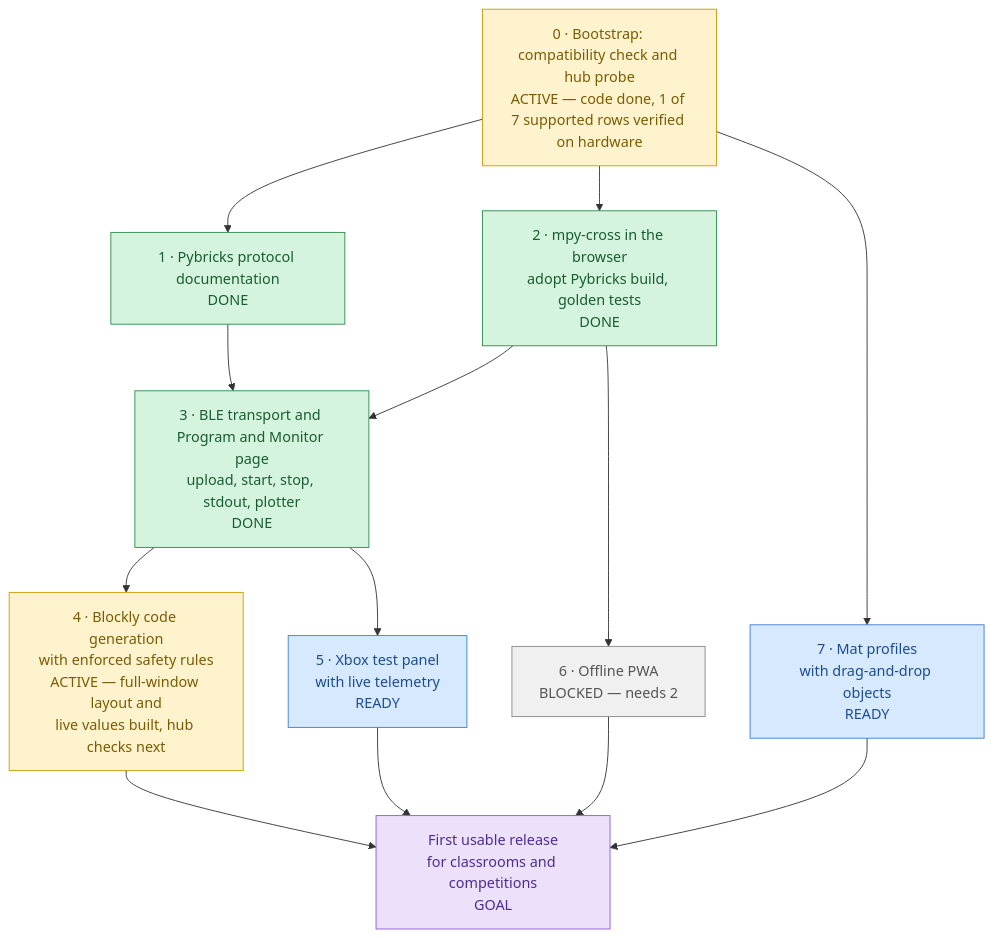
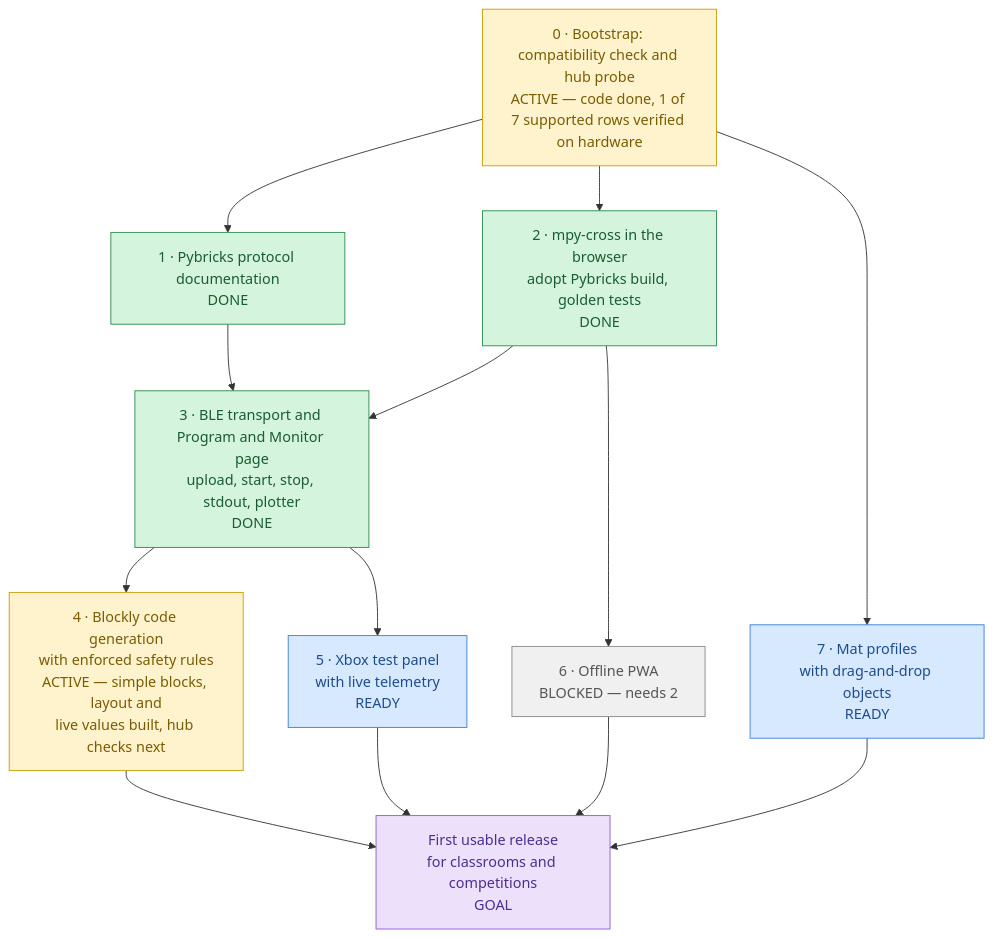
The diagram in docs/roadmap.md (lumduan/matpilot), drawn with Mermaid before and after one commit. The commit also changed other lines of this file and 6 other files, not shown here.

First line of the commit message:
docs: ADR 0010 simple blocks; reorganised Blocks checklists

````diff
--- a/docs/roadmap.md
+++ b/docs/roadmap.md
@@ -10,37 +10,37 @@
 ```mermaid
 flowchart TD
     M0["0 · Bootstrap: compatibility check and hub probe<br/>ACTIVE — code done, 1 of 7 supported rows verified on hardware"]
     M1["1 · Pybricks protocol documentation<br/>DONE"]
     M2["2 · mpy-cross in the browser<br/>adopt Pybricks build, golden tests<br/>DONE"]
     M3["3 · BLE transport and Program and Monitor page<br/>upload, start, stop, stdout, plotter<br/>DONE"]
-    M4["4 · Blockly code generation<br/>with enforced safety rules<br/>ACTIVE — full-window layout and<br/>live values built, hub checks next"]
+    M4["4 · Blockly code generation<br/>with enforced safety rules<br/>ACTIVE — simple blocks, layout and<br/>live values built, hub checks next"]
     M5["5 · Xbox test panel<br/>with live telemetry<br/>READY"]
     M6["6 · Offline PWA<br/>BLOCKED — needs 2"]
     M7["7 · Mat profiles<br/>with drag-and-drop objects<br/>READY"]
     GOAL["First usable release<br/>for classrooms and competitions<br/>GOAL"]
 
     M0 --> M1
     M0 --> M2
     M0 --> M7
     M1 --> M3
     M2 --> M3
     M3 --> M4
     M3 --> M5
     M2 --> M6
     M4 --> GOAL
     M5 --> GOAL
     M6 --> GOAL
     M7 --> GOAL
 
     classDef done     fill:#d4f4dd,stroke:#2d8a4e,color:#1a5c33
     classDef active   fill:#fff3cd,stroke:#cc9a06,color:#7a5c04
     classDef ready    fill:#d6e9ff,stroke:#3b7dd8,color:#1e4d8f
     classDef blocked  fill:#f0f0f0,stroke:#888,color:#555
     classDef goal     fill:#ede0fb,stroke:#8a5cd8,color:#4d2e8f
 
     class M0,M4 active
     class M1,M2,M3 done
     class M5,M7 ready
     class M6 blocked
     class GOAL goal
 ```
````
